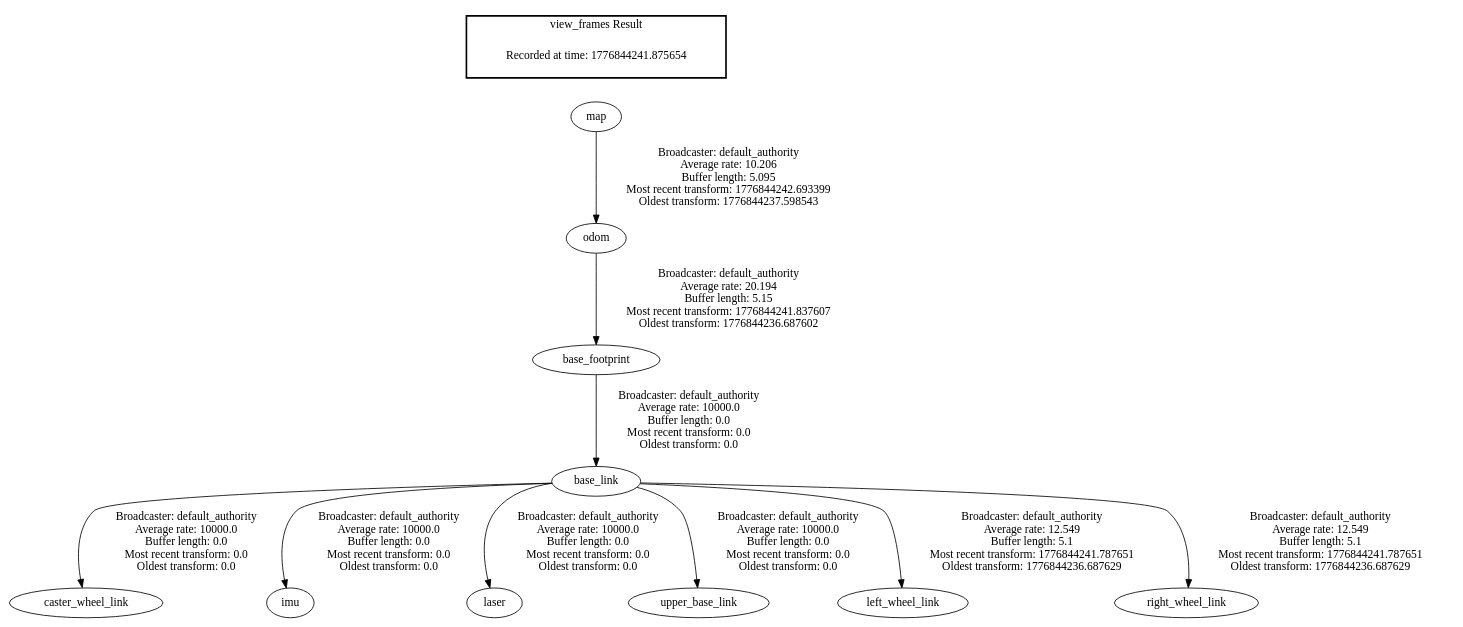
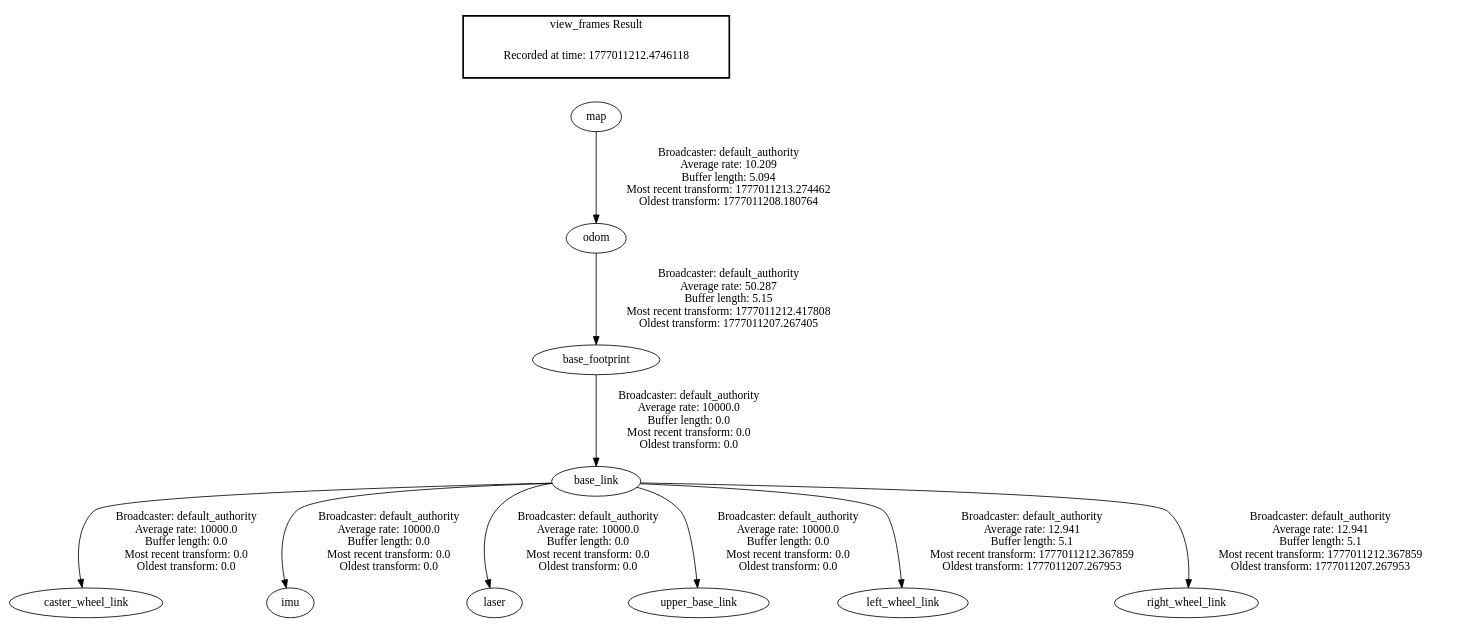
One commit to hcmutduygit/carrierbot_ws changed the diagram in frames.gv. Above: the diagram before and after it, drawn with Graphviz. The commit also changed 19 other files, not shown here.

```diff
--- a/frames.gv
+++ b/frames.gv
@@ -1,15 +1,15 @@
 digraph G {
-"odom" -> "base_footprint"[label=" Broadcaster: default_authority\nAverage rate: 20.194\nBuffer length: 5.15\nMost recent transform: 1776844241.837607\nOldest transform: 1776844236.687602\n"];
-"map" -> "odom"[label=" Broadcaster: default_authority\nAverage rate: 10.206\nBuffer length: 5.095\nMost recent transform: 1776844242.693399\nOldest transform: 1776844237.598543\n"];
+"odom" -> "base_footprint"[label=" Broadcaster: default_authority\nAverage rate: 50.287\nBuffer length: 5.15\nMost recent transform: 1777011212.417808\nOldest transform: 1777011207.267405\n"];
+"map" -> "odom"[label=" Broadcaster: default_authority\nAverage rate: 10.209\nBuffer length: 5.094\nMost recent transform: 1777011213.274462\nOldest transform: 1777011208.180764\n"];
 "base_link" -> "caster_wheel_link"[label=" Broadcaster: default_authority\nAverage rate: 10000.0\nBuffer length: 0.0\nMost recent transform: 0.0\nOldest transform: 0.0\n"];
 "base_footprint" -> "base_link"[label=" Broadcaster: default_authority\nAverage rate: 10000.0\nBuffer length: 0.0\nMost recent transform: 0.0\nOldest transform: 0.0\n"];
 "base_link" -> "imu"[label=" Broadcaster: default_authority\nAverage rate: 10000.0\nBuffer length: 0.0\nMost recent transform: 0.0\nOldest transform: 0.0\n"];
 "base_link" -> "laser"[label=" Broadcaster: default_authority\nAverage rate: 10000.0\nBuffer length: 0.0\nMost recent transform: 0.0\nOldest transform: 0.0\n"];
 "base_link" -> "upper_base_link"[label=" Broadcaster: default_authority\nAverage rate: 10000.0\nBuffer length: 0.0\nMost recent transform: 0.0\nOldest transform: 0.0\n"];
-"base_link" -> "left_wheel_link"[label=" Broadcaster: default_authority\nAverage rate: 12.549\nBuffer length: 5.1\nMost recent transform: 1776844241.787651\nOldest transform: 1776844236.687629\n"];
-"base_link" -> "right_wheel_link"[label=" Broadcaster: default_authority\nAverage rate: 12.549\nBuffer length: 5.1\nMost recent transform: 1776844241.787651\nOldest transform: 1776844236.687629\n"];
+"base_link" -> "left_wheel_link"[label=" Broadcaster: default_authority\nAverage rate: 12.941\nBuffer length: 5.1\nMost recent transform: 1777011212.367859\nOldest transform: 1777011207.267953\n"];
+"base_link" -> "right_wheel_link"[label=" Broadcaster: default_authority\nAverage rate: 12.941\nBuffer length: 5.1\nMost recent transform: 1777011212.367859\nOldest transform: 1777011207.267953\n"];
 edge [style=invis];
  subgraph cluster_legend { style=bold; color=black; label ="view_frames Result";
-"Recorded at time: 1776844241.875654"[ shape=plaintext ] ;
+"Recorded at time: 1777011212.4746118"[ shape=plaintext ] ;
 }->"map";
 }
```
